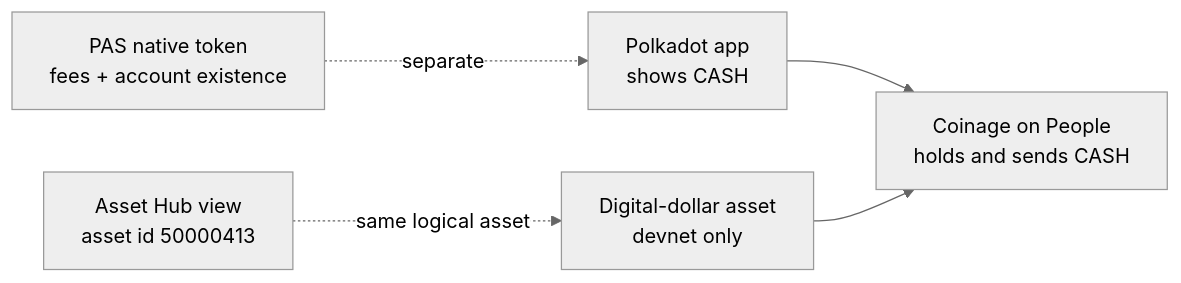
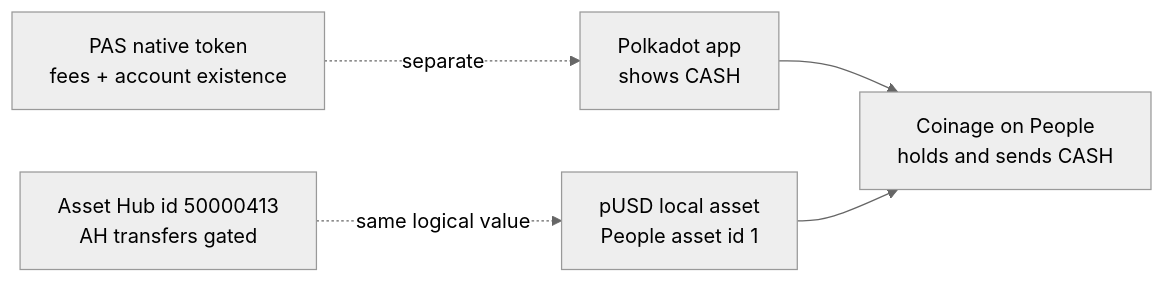
One commit to Polkadot-Community-Foundation/polkadot-app-docs changed the first of 2 diagrams in docs/architecture/money.md. Above: the diagram before and after it, drawn with Mermaid (neutral theme). The commit also changed other lines of this file and 31 other files, not shown here.

````diff
--- a/docs/architecture/money.md
+++ b/docs/architecture/money.md
@@ -39,7 +41,7 @@
 ```mermaid
 flowchart LR
   App["Polkadot app<br/>shows CASH"] --> Coinage["Coinage on People<br/>holds and sends CASH"]
-  Asset["Digital-dollar asset<br/>devnet only"] --> Coinage
+  Asset["pUSD local asset<br/>People asset id 1"] --> Coinage
   PAS["PAS native token<br/>fees + account existence"] -. separate .-> App
-  AH["Asset Hub view<br/>asset id 50000413"] -. same logical asset .-> Asset
+  AH["Asset Hub id 50000413<br/>AH transfers gated"] -. same logical value .-> Asset
 ```
````
